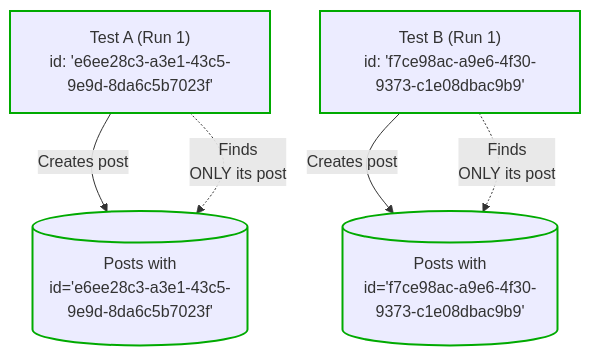
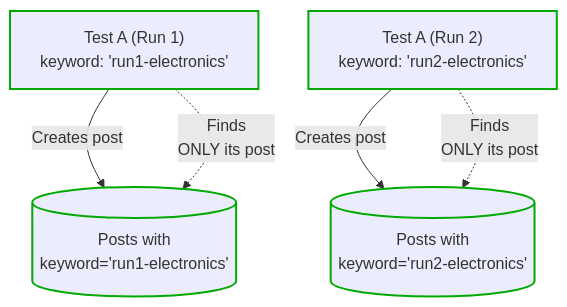
The first of 2 diagrams in README.md (VilledeMontreal/concurrent-api-tests), drawn with Mermaid before and after one commit. The commit also changed 1 other file, not shown here.

Commit message:
feat: better diagram

````diff
--- a/README.md
+++ b/README.md
@@ -32,20 +32,20 @@
 ```mermaid
 graph TB
   %% Define reusable styles
   classDef default stroke:#00aa00,stroke-width:2px
+
+  A1["Test A (Run 1)<br/>keyword: 'run1-electronics'"]
+  A2["Test A (Run 2)<br/>keyword: 'run2-electronics'"]
   
-  A1["Test A (Run 1)<br/>id: 'e6ee28c3-a3e1-43c5-9e9d-8da6c5b7023f'"]
-  B1["Test B (Run 1)<br/>id: 'f7ce98ac-a9e6-4f30-9373-c1e08dbac9b9'"]
-  
-  DB1[("Posts with<br/>id='e6ee28c3-a3e1-43c5-9e9d-8da6c5b7023f'")]
-  DB2[("Posts with<br/>id='f7ce98ac-a9e6-4f30-9373-c1e08dbac9b9'")]
+  DB1[("Posts with<br/>keyword='run1-electronics'")]
+  DB2[("Posts with<br/>keyword='run2-electronics'")]
   
   A1 -->|Creates post| DB1
-  B1 -->|Creates post| DB2
+  A2 -->|Creates post| DB2
   
   A1 -.->|Finds <br/>ONLY its post| DB1
-  B1 -.->|Finds <br/>ONLY its post| DB2
-  
+  A2 -.->|Finds <br/>ONLY its post| DB2  
+
   %% Apply styles
-  class A1,B1,DB1,DB2 default
+  class A1,A2,DB1,DB2 default
 ```
````
